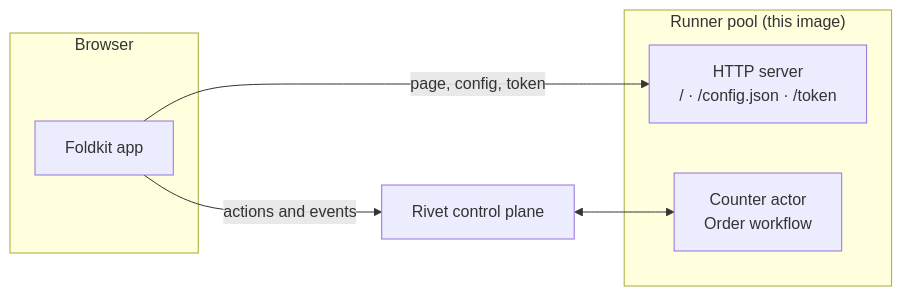
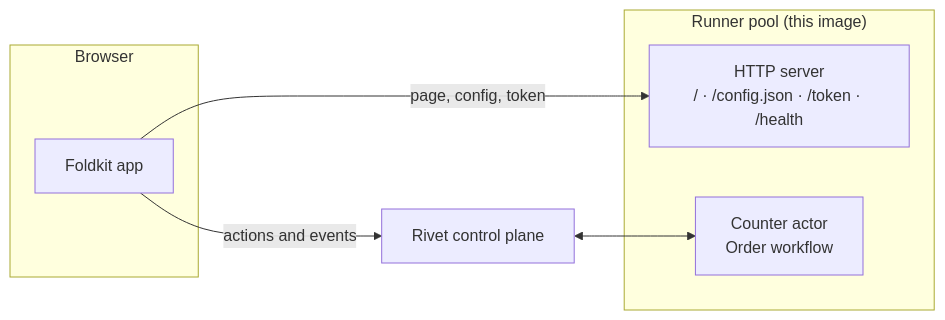
The diagram in README.md (eersnington/foldkit-rivet), drawn with Mermaid before and after one commit. The commit also changed other lines of this file and 33 other files, not shown here.

````diff
--- a/README.md
+++ b/README.md
@@ -19,15 +19,15 @@
 ```mermaid
 flowchart LR
   subgraph Browser
     UI[Foldkit app]
   end
   subgraph Pool["Runner pool (this image)"]
-    HTTP["HTTP server<br/>/ · /config.json · /token"]
+    HTTP["HTTP server<br/>/ · /config.json · /token · /health"]
     Actors["Counter actor<br/>Order workflow"]
   end
   CP[Rivet control plane]
 
   UI -- "page, config, token" --> HTTP
   UI -- "actions and events" --> CP
   CP <--> Actors
 ```
````
